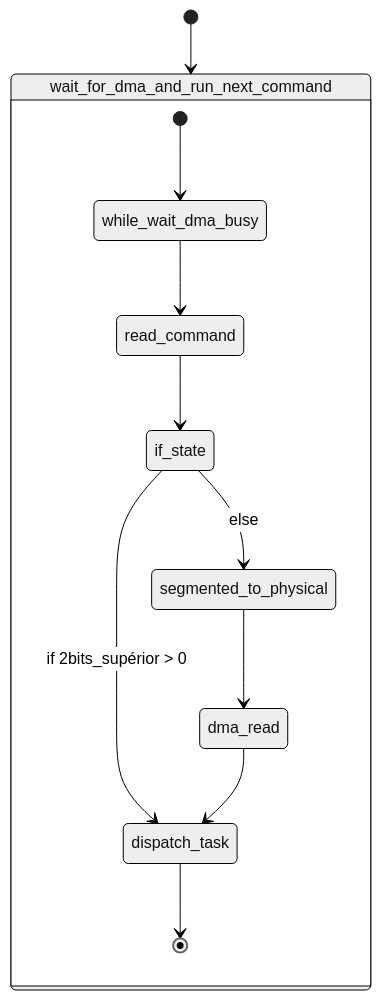
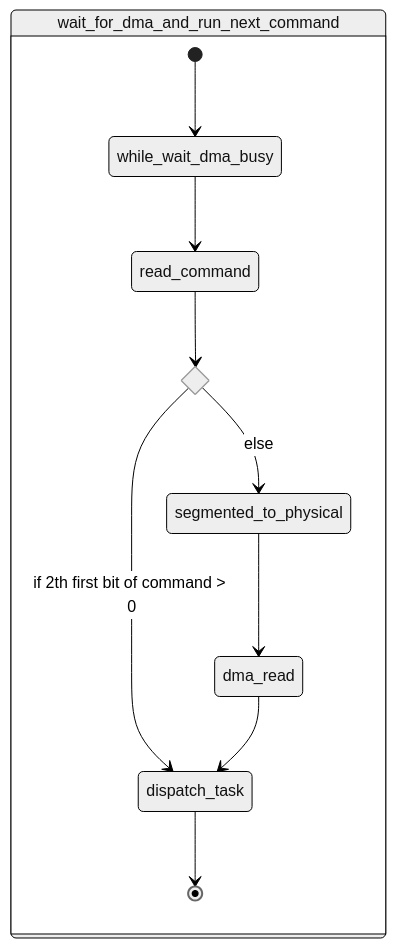
One commit to coco875/f3dex changed the diagram in graph.md. Above: the diagram before and after it, drawn with Mermaid (neutral theme).

````diff
--- a/graph.md
+++ b/graph.md
@@ -3,15 +3,15 @@
 ```mermaid
 stateDiagram-v2
-    [*] --> wait_for_dma_and_run_next_command
+    state if_2bits <<choice>>
 
     State wait_for_dma_and_run_next_command {
         [*] --> while_wait_dma_busy
         while_wait_dma_busy --> read_command
-        read_command --> if_state
-        if_state --> dispatch_task: if 2bits_supérior > 0
-        if_state --> segmented_to_physical: else
+        read_command --> if_2bits
+        if_2bits --> dispatch_task: if 2th first bit of command > 0
+        if_2bits --> segmented_to_physical: else
         segmented_to_physical --> dma_read
         dma_read --> dispatch_task
         dispatch_task --> [*]
     }
 ```
````
